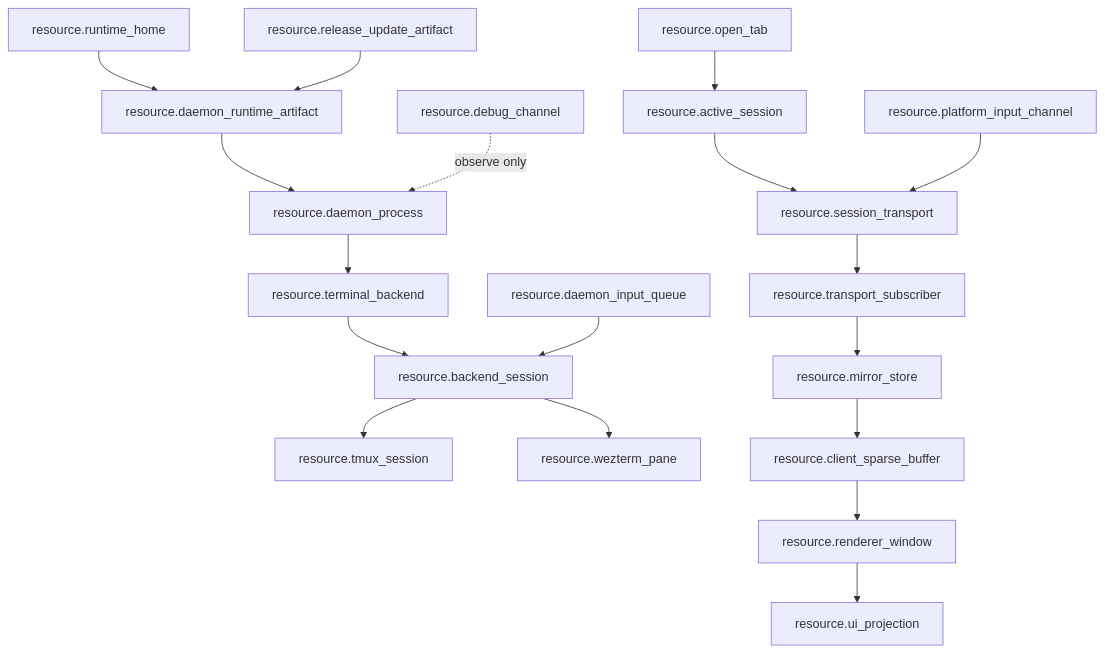
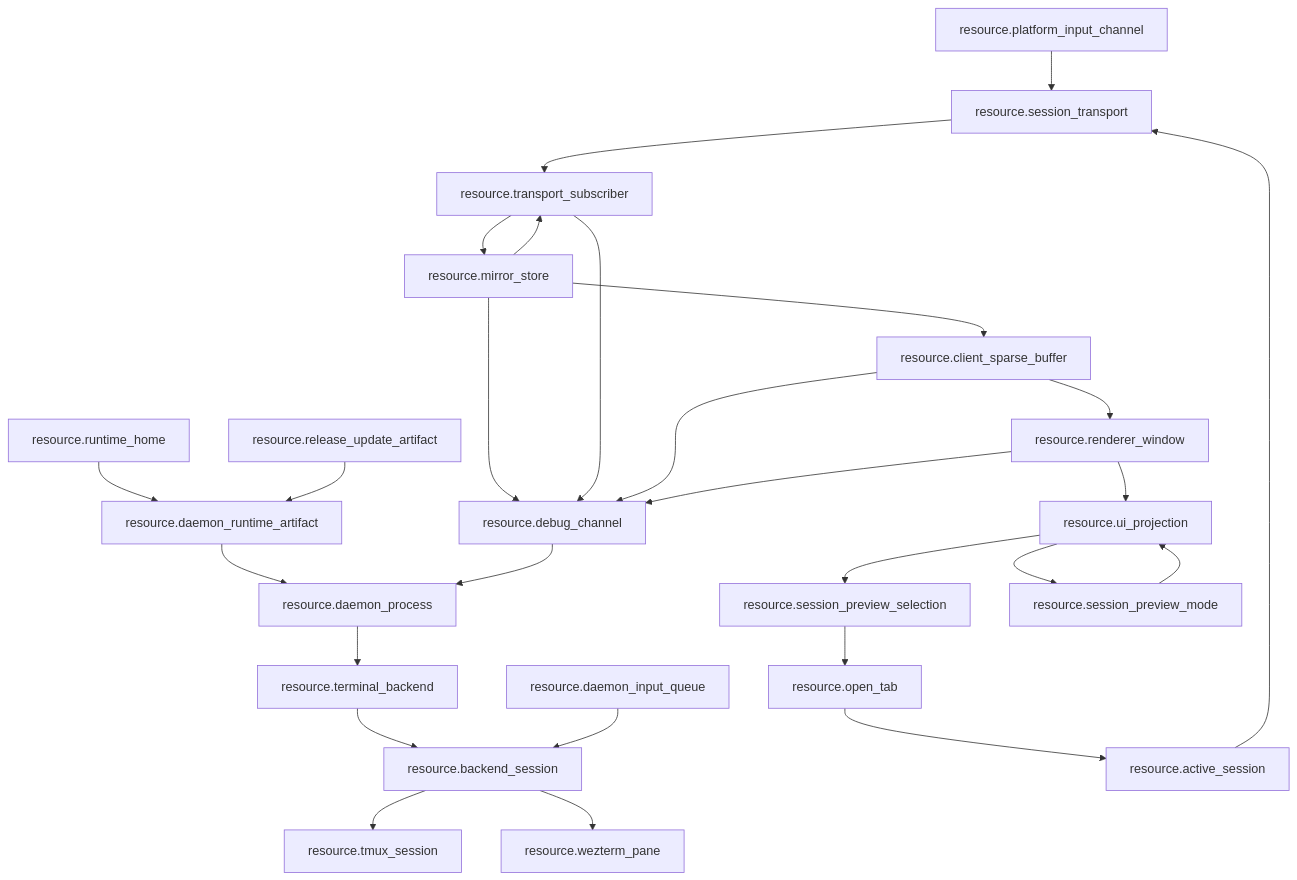
One commit to Jasonzhangf/zterm changed the fifth of 5 diagrams in android/docs/wiki/mainline-source.md. Above: the diagram before and after it, drawn with Mermaid. The commit also changed other lines of this file and 169 other files, not shown here.

````diff
--- a/android/docs/wiki/mainline-source.md
+++ b/android/docs/wiki/mainline-source.md
@@ -79,20 +112,29 @@
 ```mermaid
 flowchart TD
   RuntimeHome["resource.runtime_home"] --> DaemonArtifact["resource.daemon_runtime_artifact"]
   DaemonArtifact --> DaemonProcess["resource.daemon_process"]
   DaemonProcess --> TerminalBackend["resource.terminal_backend"]
   TerminalBackend --> BackendSession["resource.backend_session"]
   BackendSession --> TmuxSession["resource.tmux_session"]
   BackendSession --> WeztermPane["resource.wezterm_pane"]
   SessionTransport["resource.session_transport"] --> TransportSubscriber["resource.transport_subscriber"]
   TransportSubscriber --> MirrorStore["resource.mirror_store"]
+  MirrorStore --> TransportSubscriber
   MirrorStore --> ClientSparseBuffer["resource.client_sparse_buffer"]
   ClientSparseBuffer --> RendererWindow["resource.renderer_window"]
   RendererWindow --> UiProjection["resource.ui_projection"]
+  UiProjection --> PreviewSelection["resource.session_preview_selection"]
+  UiProjection --> PreviewMode["resource.session_preview_mode"]
+  PreviewSelection --> OpenTab
+  PreviewMode --> UiProjection
   OpenTab["resource.open_tab"] --> ActiveSession["resource.active_session"]
   ActiveSession --> SessionTransport
   PlatformInput["resource.platform_input_channel"] --> SessionTransport
   DaemonInputQueue["resource.daemon_input_queue"] --> BackendSession
   ReleaseArtifact["resource.release_update_artifact"] --> DaemonArtifact
-  DebugChannel["resource.debug_channel"] -. observe only .-> DaemonProcess
+  DebugChannel["resource.debug_channel"] --> DaemonProcess
+  MirrorStore --> DebugChannel
+  TransportSubscriber --> DebugChannel
+  ClientSparseBuffer --> DebugChannel
+  RendererWindow --> DebugChannel
 ```
````
